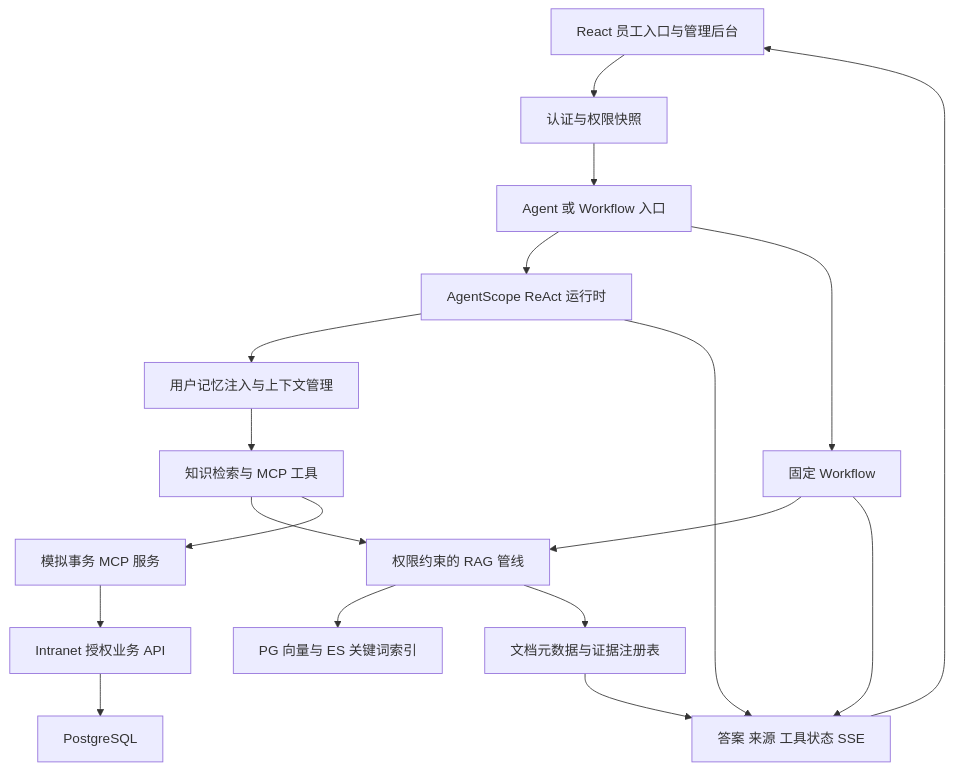
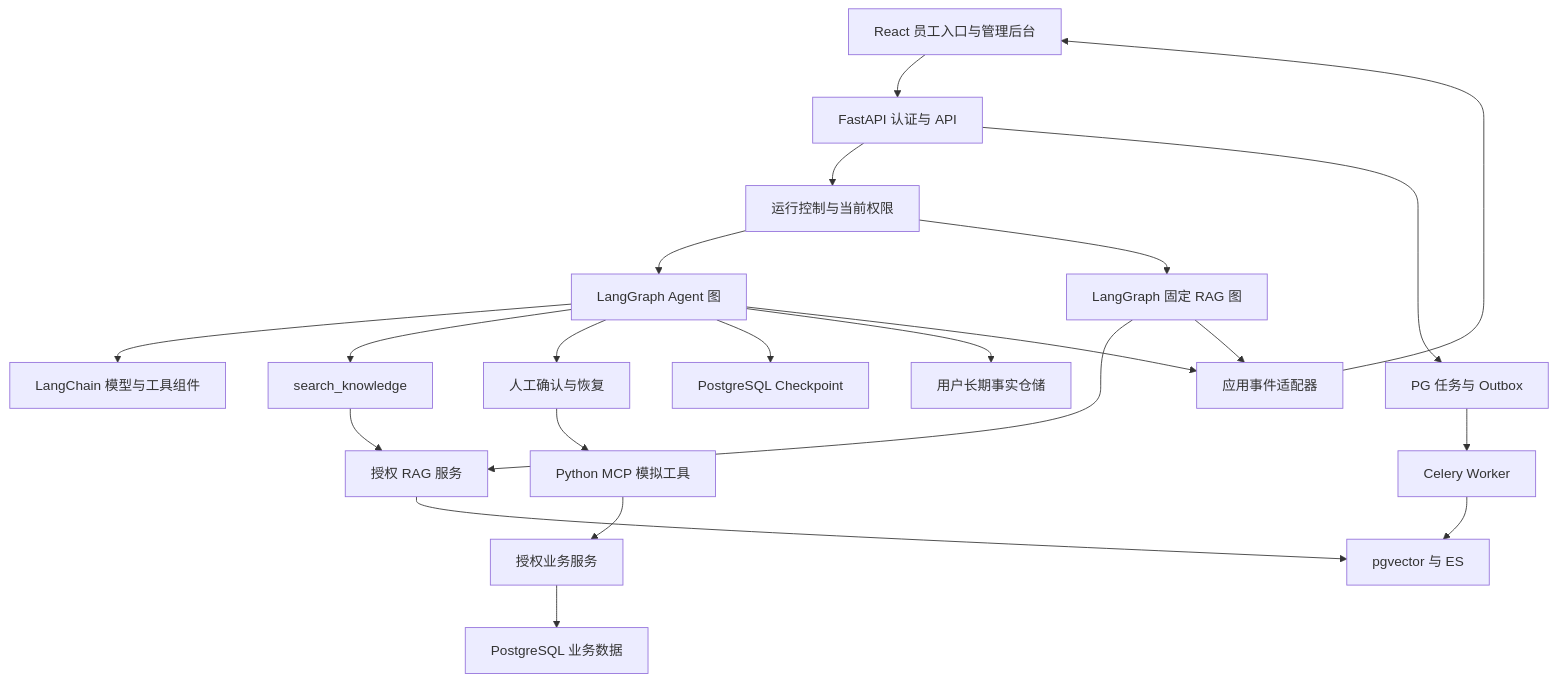
One commit to BeforeLanding/Knoventra changed the diagram in docs/knoventra-development-plan.md. Above: the diagram before and after it, drawn with Mermaid. The commit also changed other lines of this file and 2 other files, not shown here.

Commit message:
docs: redesign Knoventra backend for Python and LangGraph

````diff
--- a/docs/knoventra-development-plan.md
+++ b/docs/knoventra-development-plan.md
@@ -115,20 +157,24 @@
 ```mermaid
 flowchart TD
-    UI[React 员工入口与管理后台] --> AUTH[认证与权限快照]
-    AUTH --> ENTRY[Agent 或 Workflow 入口]
-    ENTRY --> AGENT[AgentScope ReAct 运行时]
-    ENTRY --> WF[固定 Workflow]
-    AGENT --> MEM[用户记忆注入与上下文管理]
-    MEM --> TOOL[知识检索与 MCP 工具]
-    WF --> RAG[权限约束的 RAG 管线]
-    TOOL --> RAG
-    TOOL --> MCP[模拟事务 MCP 服务]
-    MCP --> BIZ[Intranet 授权业务 API]
-    RAG --> IDX[PG 向量与 ES 关键词索引]
-    RAG --> SRC[文档元数据与证据注册表]
-    BIZ --> PG[PostgreSQL]
-    SRC --> SSE[答案 来源 工具状态 SSE]
-    AGENT --> SSE
-    WF --> SSE
-    SSE --> UI
+    UI[React 员工入口与管理后台] --> API[FastAPI 认证与 API]
+    API --> RUN[运行控制与当前权限]
+    RUN --> AG[LangGraph Agent 图]
+    RUN --> WF[LangGraph 固定 RAG 图]
+    AG --> MODEL[LangChain 模型与工具组件]
+    AG --> KG[search_knowledge]
+    WF --> RAG[授权 RAG 服务]
+    KG --> RAG
+    AG --> APPROVAL[人工确认与恢复]
+    APPROVAL --> MCP[Python MCP 模拟工具]
+    MCP --> BIZ[授权业务服务]
+    RAG --> INDEX[pgvector 与 ES]
+    API --> JOB[PG 任务与 Outbox]
+    JOB --> WORKER[Celery Worker]
+    WORKER --> INDEX
+    AG --> CP[PostgreSQL Checkpoint]
+    AG --> MEMORY[用户长期事实仓储]
+    BIZ --> DB[PostgreSQL 业务数据]
+    AG --> EVENTS[应用事件适配器]
+    WF --> EVENTS
+    EVENTS --> UI
 ```
````
